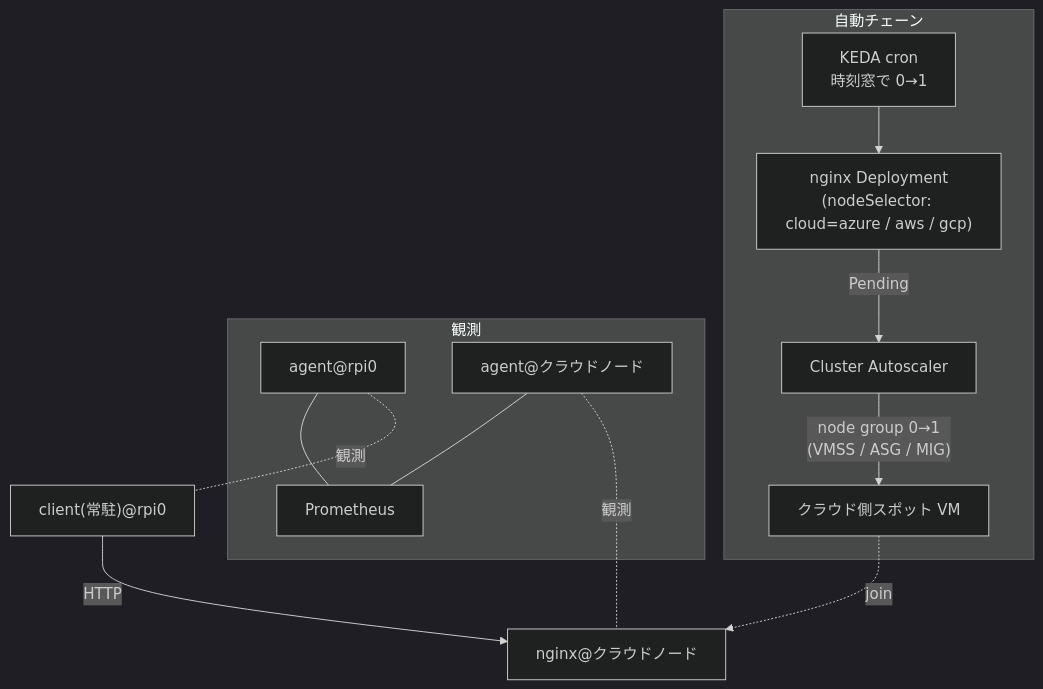
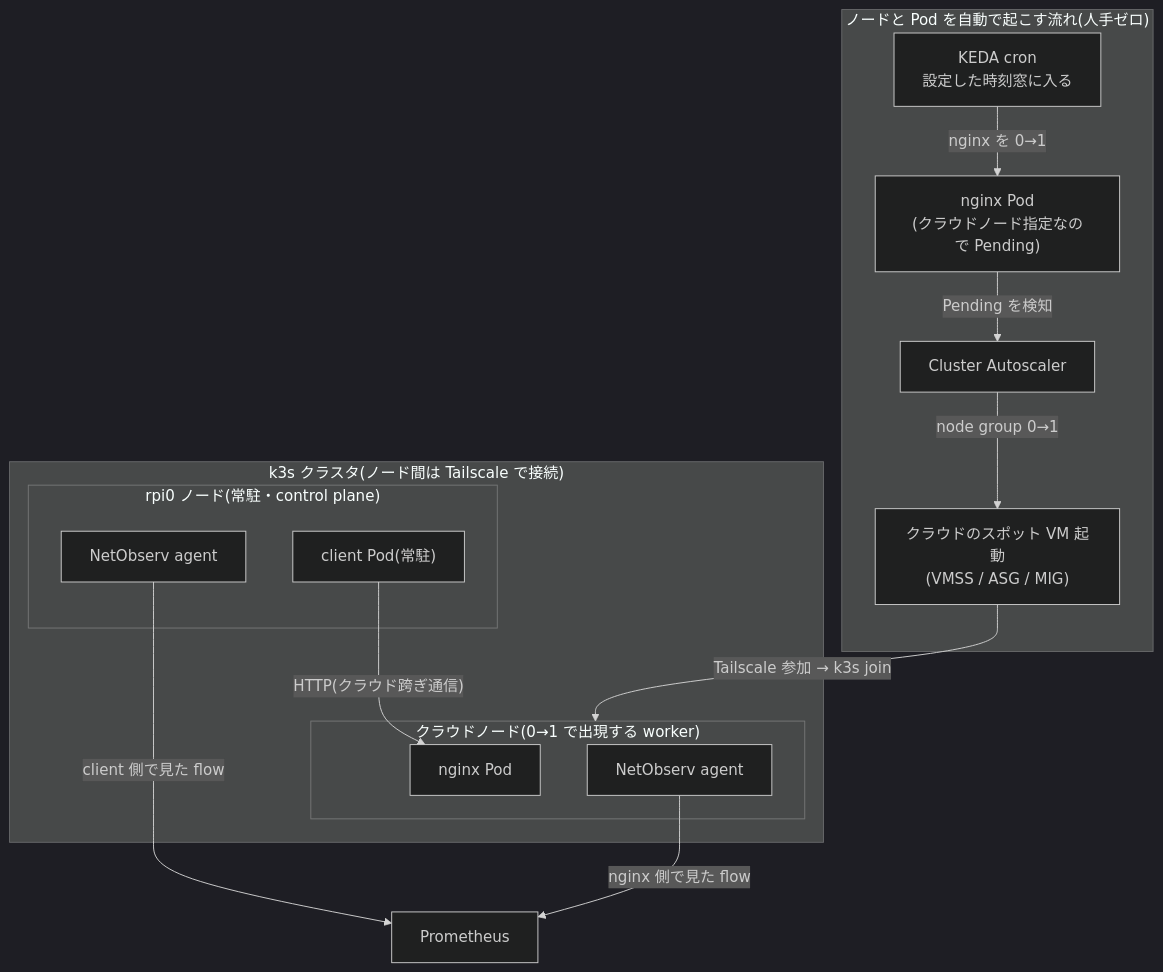
The diagram in articles/026-netobserv-multicloud-flows-keda-ca.md (shinichitazawa/zenn-articles), drawn with Mermaid (dark theme) before and after one commit.

Commit message:
026: 全体像の図を再設計(k3sクラスタとノードを明示、ラベルを自明に)

````diff
--- a/articles/026-netobserv-multicloud-flows-keda-ca.md
+++ b/articles/026-netobserv-multicloud-flows-keda-ca.md
@@ -38,16 +38,22 @@
 ```mermaid
 flowchart TB
-  subgraph SCHED["自動チェーン"]
-    K["KEDA cron<br/>時刻窓で 0→1"] --> D["nginx Deployment<br/>(nodeSelector: cloud=azure / aws / gcp)"]
-    D -->|Pending| CA["Cluster Autoscaler"]
-    CA -->|"node group 0→1<br/>(VMSS / ASG / MIG)"| VM["クラウド側スポット VM"]
+  subgraph CHAIN["ノードと Pod を自動で起こす流れ(人手ゼロ)"]
+    K["KEDA cron<br/>設定した時刻窓に入る"] -->|"nginx を 0→1"| D["nginx Pod<br/>(クラウドノード指定なので Pending)"]
+    D -->|"Pending を検知"| CA["Cluster Autoscaler"]
+    CA -->|"node group 0→1"| VM["クラウドのスポット VM 起動<br/>(VMSS / ASG / MIG)"]
   end
-  subgraph OBS["観測"]
-    A1["agent@rpi0"] --- P["Prometheus"]
-    A2["agent@クラウドノード"] --- P
+  subgraph CLUSTER["k3s クラスタ(ノード間は Tailscale で接続)"]
+    subgraph RPI["rpi0 ノード(常駐・control plane)"]
+      C["client Pod(常駐)"]
+      A1["NetObserv agent"]
+    end
+    subgraph W["クラウドノード(0→1 で出現する worker)"]
+      N["nginx Pod"]
+      A2["NetObserv agent"]
+    end
   end
-  C["client(常駐)@rpi0"] -->|HTTP| N["nginx@クラウドノード"]
-  VM -.->|join| N
-  A1 -.観測.- C
-  A2 -.観測.- N
+  VM -->|"Tailscale 参加 → k3s join"| W
+  C -->|"HTTP(クラウド跨ぎ通信)"| N
+  A1 -->|"client 側で見た flow"| P["Prometheus"]
+  A2 -->|"nginx 側で見た flow"| P
 ```
````
